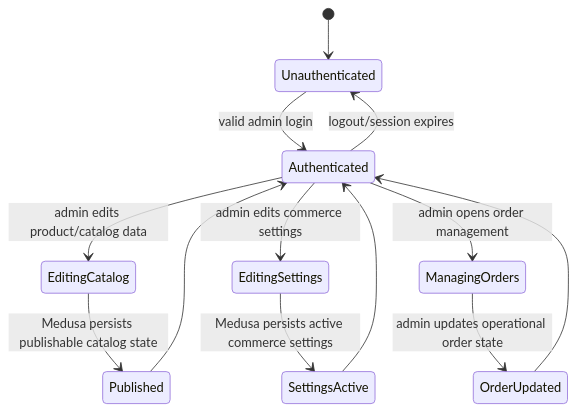
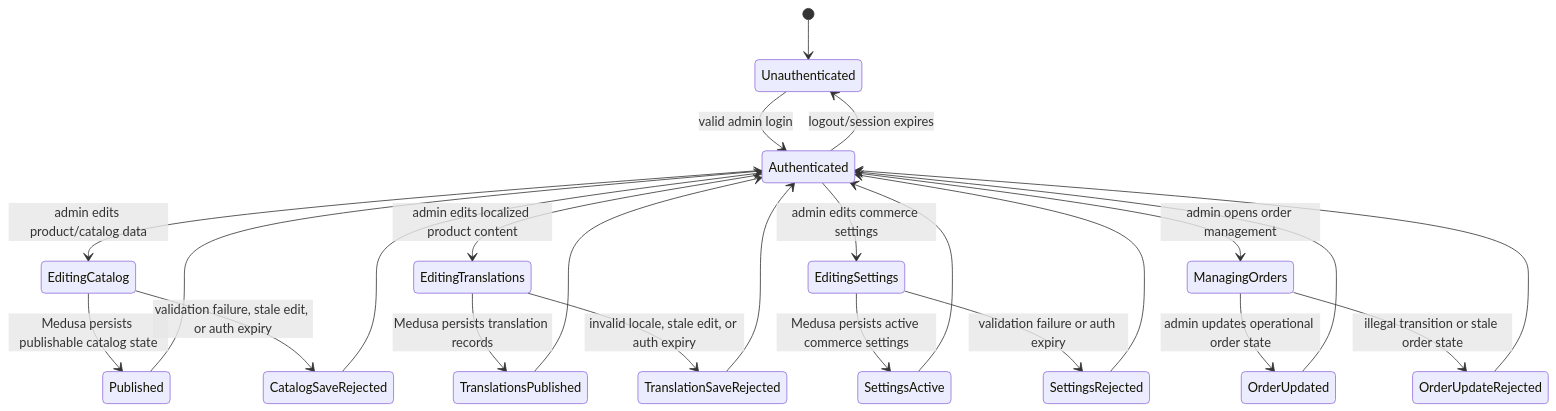
The second of 3 diagrams in flows/features/admin-operations.md (AtoshaKartosha/sunluk), drawn with Mermaid before and after one commit. The commit also changed other lines of this file and 27 other files, not shown here.

Commit message:
feat(catalog): add localized product content flow

````diff
--- a/flows/features/admin-operations.md
+++ b/flows/features/admin-operations.md
@@ -66,15 +71,26 @@
 ```mermaid
 stateDiagram-v2
   [*] --> Unauthenticated
   Unauthenticated --> Authenticated: valid admin login
   Authenticated --> EditingCatalog: admin edits product/catalog data
+  Authenticated --> EditingTranslations: admin edits localized product content
   Authenticated --> EditingSettings: admin edits commerce settings
   Authenticated --> ManagingOrders: admin opens order management
   EditingCatalog --> Published: Medusa persists publishable catalog state
+  EditingCatalog --> CatalogSaveRejected: validation failure, stale edit, or auth expiry
+  EditingTranslations --> TranslationsPublished: Medusa persists translation records
+  EditingTranslations --> TranslationSaveRejected: invalid locale, stale edit, or auth expiry
   EditingSettings --> SettingsActive: Medusa persists active commerce settings
+  EditingSettings --> SettingsRejected: validation failure or auth expiry
   ManagingOrders --> OrderUpdated: admin updates operational order state
+  ManagingOrders --> OrderUpdateRejected: illegal transition or stale order state
   Published --> Authenticated
+  TranslationsPublished --> Authenticated
   SettingsActive --> Authenticated
   OrderUpdated --> Authenticated
+  CatalogSaveRejected --> Authenticated
+  TranslationSaveRejected --> Authenticated
+  SettingsRejected --> Authenticated
+  OrderUpdateRejected --> Authenticated
   Authenticated --> Unauthenticated: logout/session expires
 ```
````
